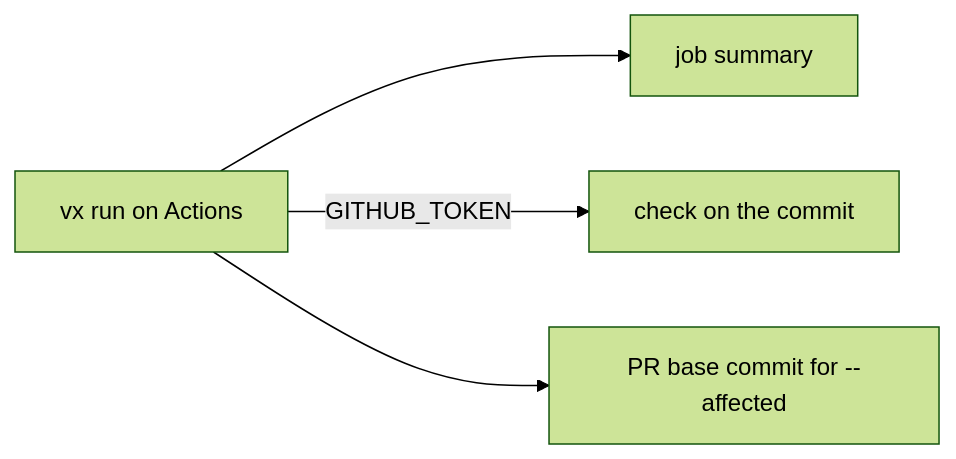
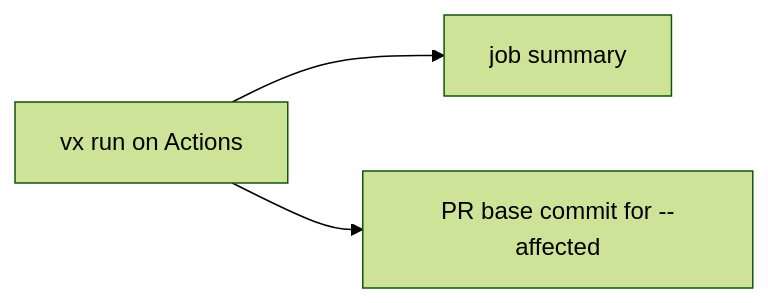
One commit to vznjs/vx changed the diagram in private/vx-docs/src/content/docs/blog/results-on-github.md. Above: the diagram before and after it, drawn with Mermaid (forest theme). The commit also changed other lines of this file and 36 other files, not shown here.

First line of the commit message:
feat(vx-ci)!: drop the check run; github() writes the job summary only

````diff
--- a/private/vx-docs/src/content/docs/blog/results-on-github.md
+++ b/private/vx-docs/src/content/docs/blog/results-on-github.md
@@ -27,6 +27,5 @@
 ```mermaid
 flowchart LR
   R[vx run on Actions] --> S[job summary]
-  R -->|GITHUB_TOKEN| C[check on the commit]
   R --> B[PR base commit for --affected]
 ```
````
